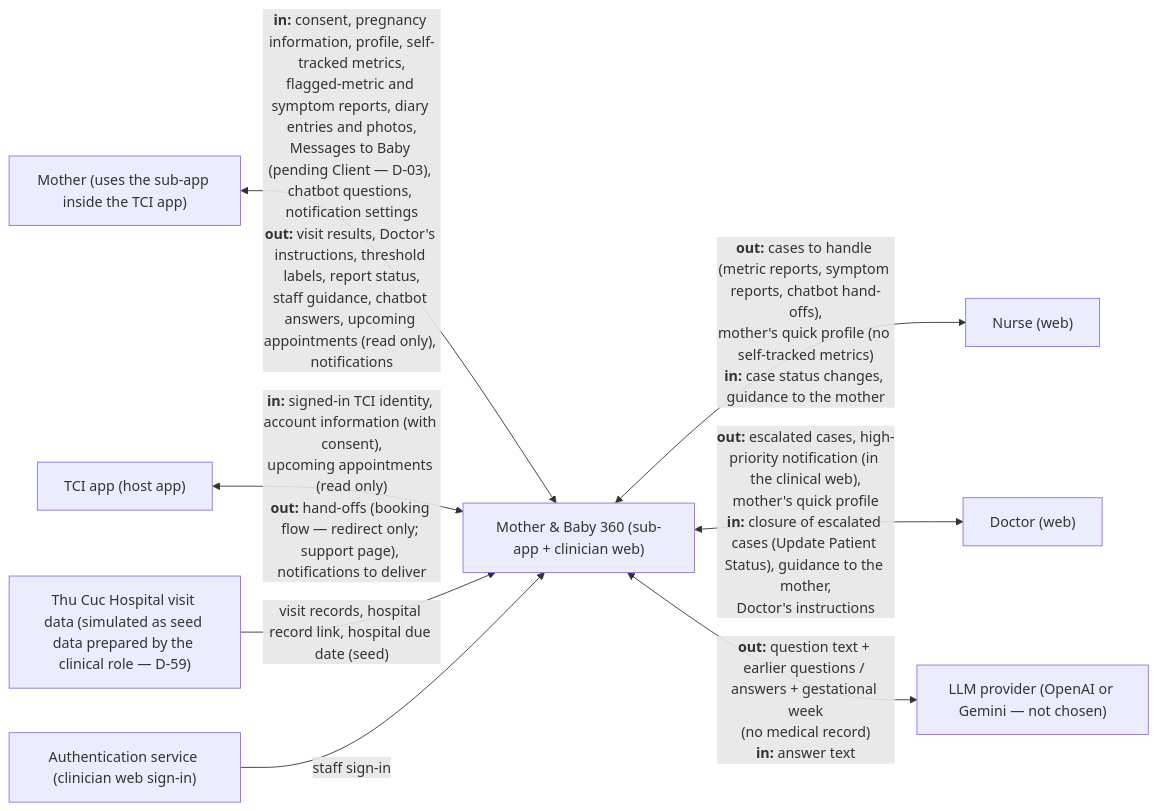
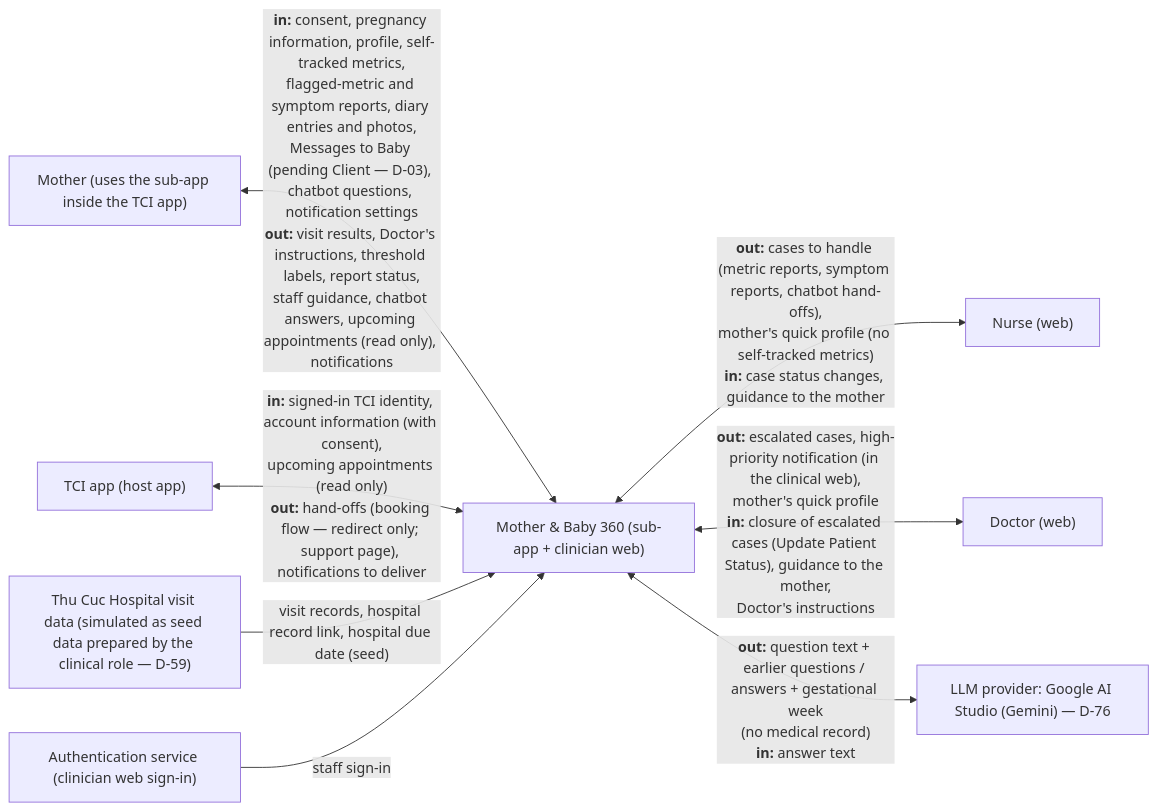
One commit to PromotedKing/dbiz3-team-a-rubric changed the first of 2 diagrams in docs/architecture/context.md. Above: the diagram before and after it, drawn with Mermaid. The commit also changed 38 other files, not shown here.

````diff
--- a/docs/architecture/context.md
+++ b/docs/architecture/context.md
@@ -7,19 +7,19 @@
 ```mermaid
 flowchart LR
     MOM["Mother (uses the sub-app inside the TCI app)"]
     TCI["TCI app (host app)"]
     HOS["Thu Cuc Hospital visit data (simulated as seed data prepared by the clinical role — D-59)"]
     SYS["Mother & Baby 360 (sub-app + clinician web)"]
     NUR["Nurse (web)"]
     DOC["Doctor (web)"]
-    LLM["LLM provider (OpenAI or Gemini — not chosen)"]
+    LLM["LLM provider: Google AI Studio (Gemini) — D-76"]
     AUTH["Authentication service (clinician web sign-in)"]
 
     MOM <-->|"<b>in:</b> consent, pregnancy information, profile, self-tracked metrics,<br/>flagged-metric and symptom reports, diary entries and photos,<br/>Messages to Baby (pending Client — D-03), chatbot questions, notification settings<br/><b>out:</b> visit results, Doctor's instructions, threshold labels, report status,<br/>staff guidance, chatbot answers, upcoming appointments (read only), notifications"| SYS
     TCI <-->|"<b>in:</b> signed-in TCI identity, account information (with consent),<br/>upcoming appointments (read only)<br/><b>out:</b> hand-offs (booking flow — redirect only; support page), notifications to deliver"| SYS
     HOS -->|"visit records, hospital record link, hospital due date (seed)"| SYS
     SYS <-->|"<b>out:</b> cases to handle (metric reports, symptom reports, chatbot hand-offs),<br/>mother's quick profile (no self-tracked metrics)<br/><b>in:</b> case status changes, guidance to the mother"| NUR
     SYS <-->|"<b>out:</b> escalated cases, high-priority notification (in the clinical web),<br/>mother's quick profile<br/><b>in:</b> closure of escalated cases (Update Patient Status), guidance to the mother,<br/>Doctor's instructions"| DOC
     SYS <-->|"<b>out:</b> question text + earlier questions / answers + gestational week<br/>(no medical record)<br/><b>in:</b> answer text"| LLM
     AUTH -->|"staff sign-in"| SYS
 ```
````
